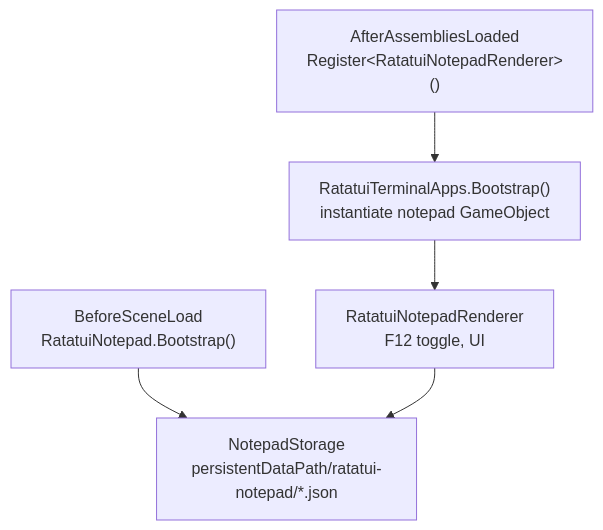
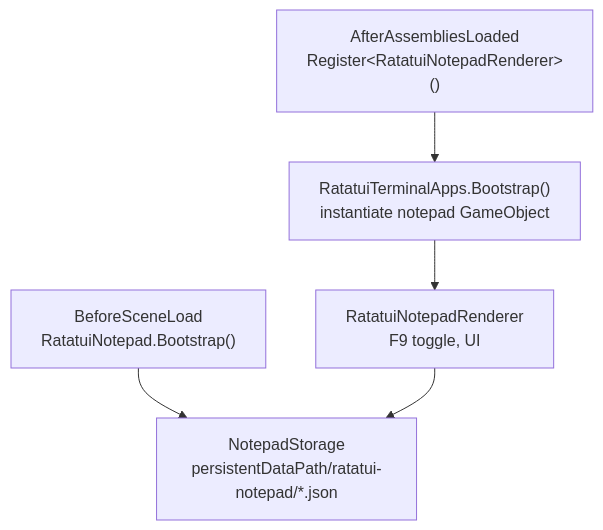
One commit to farukcan/ratatui-unity changed the first of 2 diagrams in docs/articles/samples-notepad.md. Above: the diagram before and after it, drawn with Mermaid. The commit also changed other lines of this file and 6 other files, not shown here.

First line of the commit message:
fix: update Notepad sample toggle key from F12 to F9

````diff
--- a/docs/articles/samples-notepad.md
+++ b/docs/articles/samples-notepad.md
@@ -42,11 +42,11 @@
 ```mermaid
 flowchart TD
   Bootstrap["BeforeSceneLoad\nRatatuiNotepad.Bootstrap()"]
   Register["AfterAssembliesLoaded\nRegister&lt;RatatuiNotepadRenderer&gt;()"]
   Apps["RatatuiTerminalApps.Bootstrap()\ninstantiate notepad GameObject"]
   Storage["NotepadStorage\npersistentDataPath/ratatui-notepad/*.json"]
   Register --> Apps
   Bootstrap --> Storage
-  Apps --> Renderer["RatatuiNotepadRenderer\nF12 toggle, UI"]
+  Apps --> Renderer["RatatuiNotepadRenderer\nF9 toggle, UI"]
   Renderer --> Storage
 ```
````
